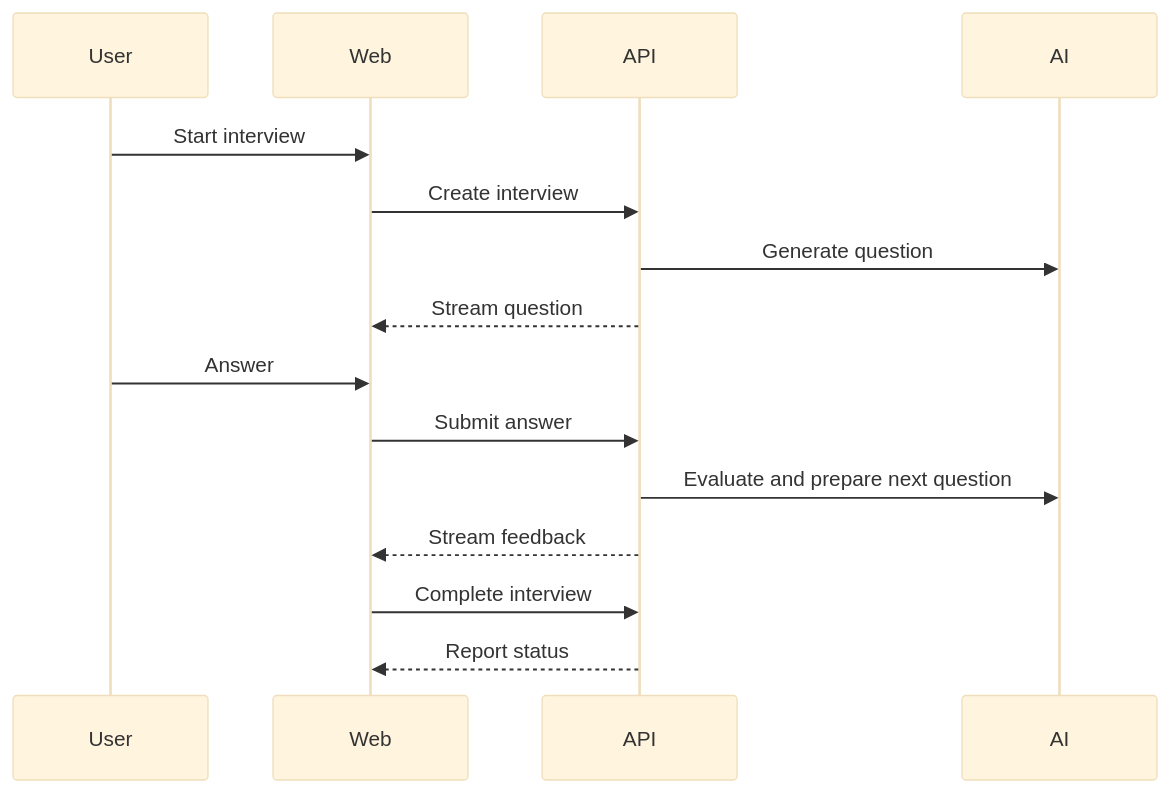
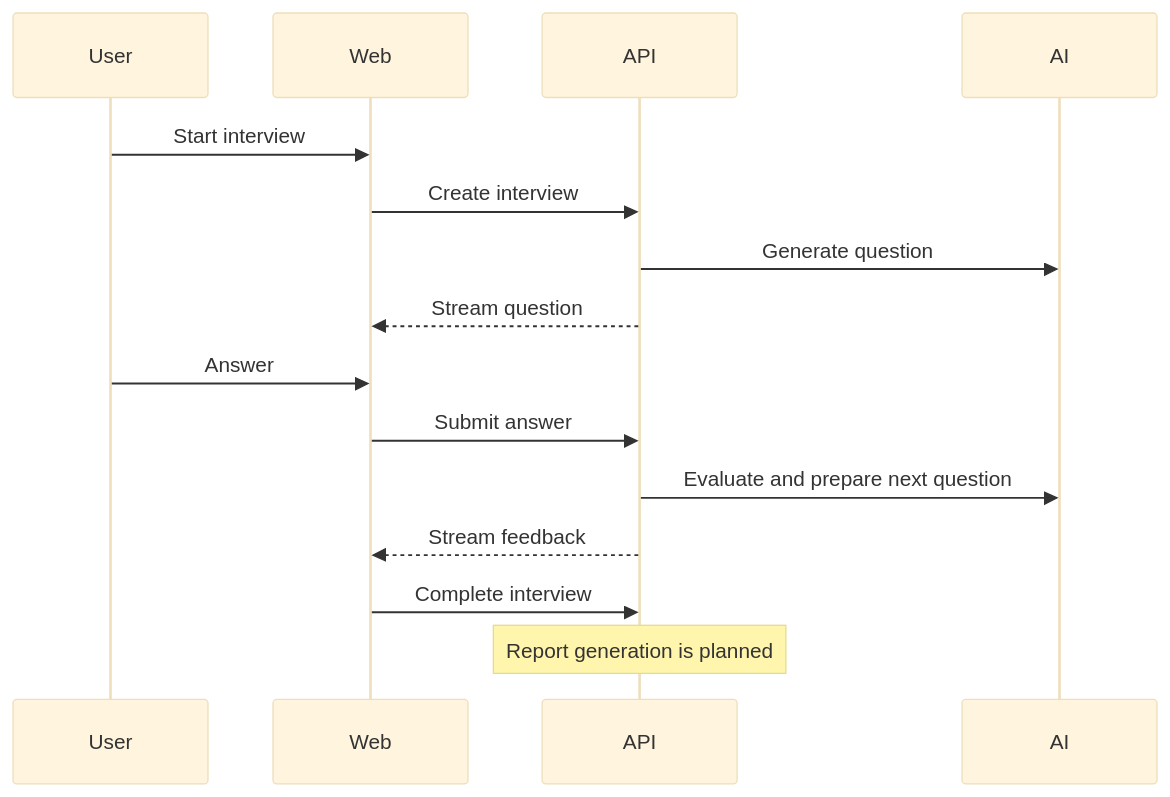
The fourth of 4 diagrams in docs/ARCHITECTURE.md (paraggupta007/SkillZen---Skill-and-Improvement), drawn with Mermaid (base theme) before and after one commit. The commit also changed other lines of this file and 29 other files, not shown here.

````diff
--- a/docs/ARCHITECTURE.md
+++ b/docs/ARCHITECTURE.md
@@ -45,17 +45,17 @@
 ```mermaid
 sequenceDiagram
   participant User
   participant Web
   participant API
   participant AI
   User->>Web: Start interview
   Web->>API: Create interview
   API->>AI: Generate question
   API-->>Web: Stream question
   User->>Web: Answer
   Web->>API: Submit answer
   API->>AI: Evaluate and prepare next question
   API-->>Web: Stream feedback
   Web->>API: Complete interview
-  API-->>Web: Report status
+  Note over API: Report generation is planned
 ```
````
